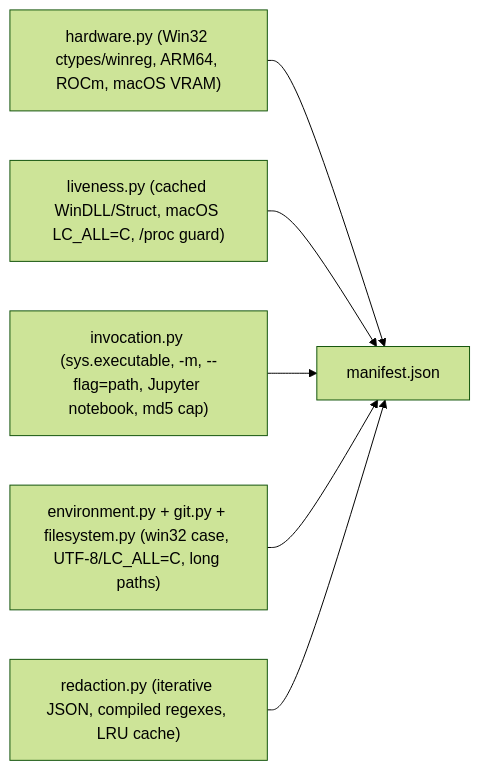
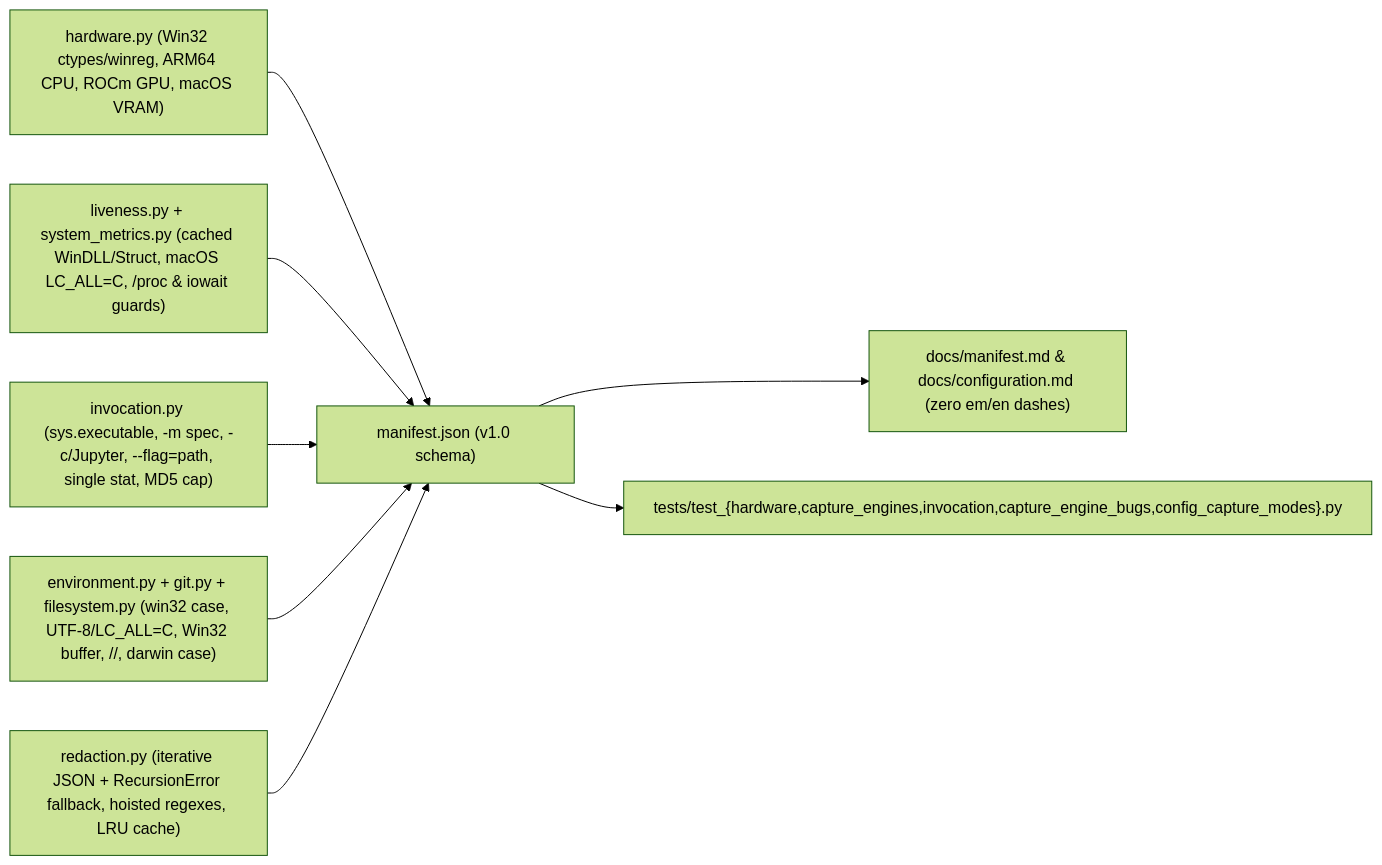
One commit to fariello/pubrun changed the diagram in .aw/records/plans/pending/20261127-assess-8l-05-ameehy-cross-platform-hardware-liveness-invocation-environment-git.ipd.md. Above: the diagram before and after it, drawn with Mermaid (forest theme). The commit also changed other lines of this file and 1 other file, not shown here.

````diff
--- a/.aw/records/plans/pending/20261127-assess-8l-05-ameehy-cross-platform-hardware-liveness-invocation-environment-git.ipd.md
+++ b/.aw/records/plans/pending/20261127-assess-8l-05-ameehy-cross-platform-hardware-liveness-invocation-environment-git.ipd.md
@@ -32,13 +34,15 @@
 ```mermaid
 flowchart LR
-    HW["hardware.py (Win32 ctypes/winreg, ARM64, ROCm, macOS VRAM)"]
-    LIV["liveness.py (cached WinDLL/Struct, macOS LC_ALL=C, /proc guard)"]
-    INV["invocation.py (sys.executable, -m, --flag=path, Jupyter notebook, md5 cap)"]
-    ENV["environment.py + git.py + filesystem.py (win32 case, UTF-8/LC_ALL=C, long paths)"]
-    RED["redaction.py (iterative JSON, compiled regexes, LRU cache)"]
-    HW --> MAN["manifest.json"]
+    HW["hardware.py (Win32 ctypes/winreg, ARM64 CPU, ROCm GPU, macOS VRAM)"]
+    LIV["liveness.py + system_metrics.py (cached WinDLL/Struct, macOS LC_ALL=C, /proc & iowait guards)"]
+    INV["invocation.py (sys.executable, -m spec, -c/Jupyter, --flag=path, single stat, MD5 cap)"]
+    ENV["environment.py + git.py + filesystem.py (win32 case, UTF-8/LC_ALL=C, Win32 buffer, //, darwin case)"]
+    RED["redaction.py (iterative JSON + RecursionError fallback, hoisted regexes, LRU cache)"]
+    HW --> MAN["manifest.json (v1.0 schema)"]
     LIV --> MAN
     INV --> MAN
     ENV --> MAN
     RED --> MAN
+    MAN --> DOCS["docs/manifest.md & docs/configuration.md (zero em/en dashes)"]
+    MAN --> TESTS["tests/test_{hardware,capture_engines,invocation,capture_engine_bugs,config_capture_modes}.py"]
 ```
````
